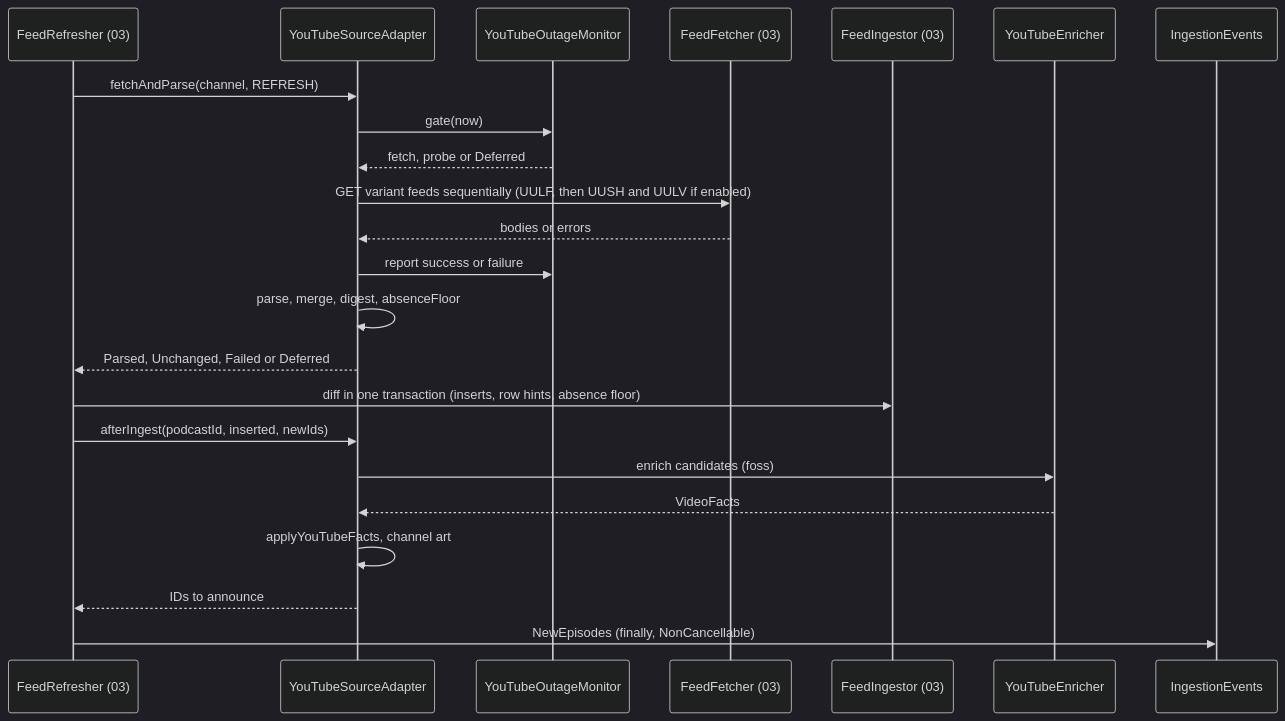
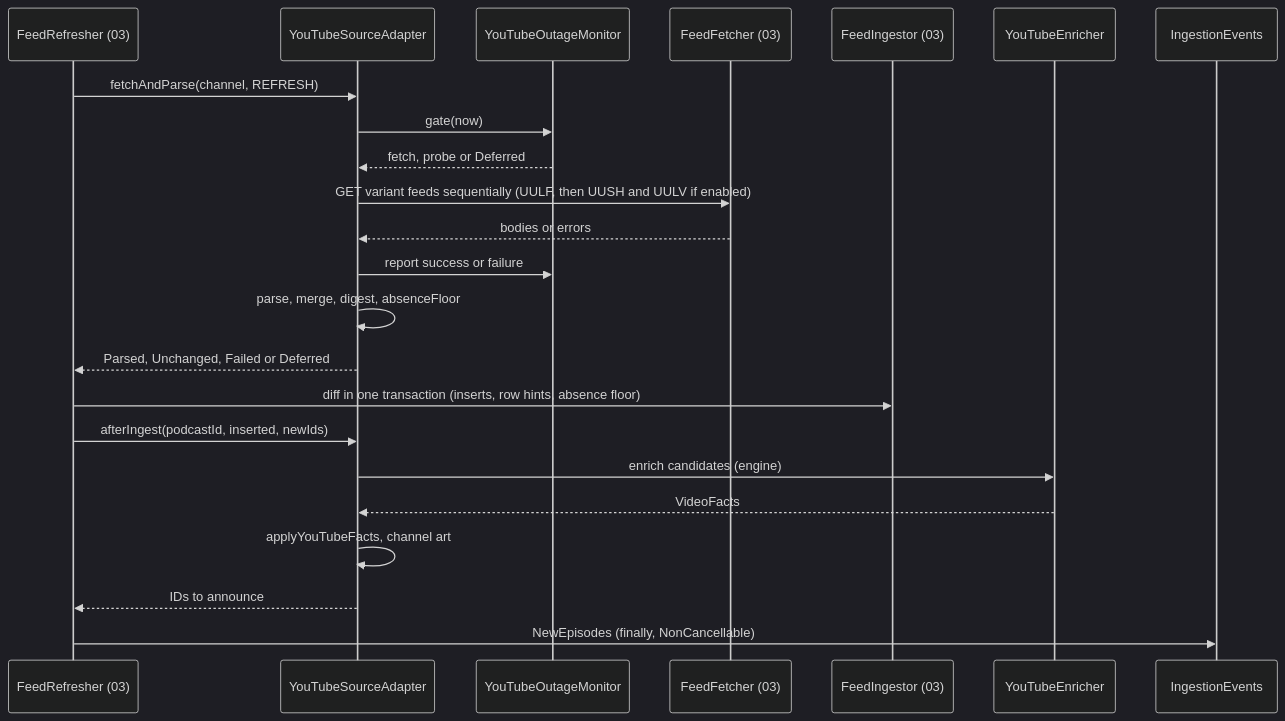
Before and after one commit to BigBoyDevBox/Neutrodyne: the fourth of 8 diagrams in docs/design/04-youtube.md, drawn with Mermaid (dark theme). The commit also changed other lines of this file and 11 other files, not shown here.

````diff
--- a/docs/design/04-youtube.md
+++ b/docs/design/04-youtube.md
@@ -587,25 +667,25 @@
 ```mermaid
 sequenceDiagram
   participant E as FeedRefresher (03)
   participant Y as YouTubeSourceAdapter
   participant M as YouTubeOutageMonitor
   participant N as FeedFetcher (03)
   participant I as FeedIngestor (03)
   participant X as YouTubeEnricher
   participant V as IngestionEvents
   E->>Y: fetchAndParse(channel, REFRESH)
   Y->>M: gate(now)
   M-->>Y: fetch, probe or Deferred
   Y->>N: GET variant feeds sequentially (UULF, then UUSH and UULV if enabled)
   N-->>Y: bodies or errors
   Y->>M: report success or failure
   Y->>Y: parse, merge, digest, absenceFloor
   Y-->>E: Parsed, Unchanged, Failed or Deferred
   E->>I: diff in one transaction (inserts, row hints, absence floor)
   E->>Y: afterIngest(podcastId, inserted, newIds)
-  Y->>X: enrich candidates (foss)
+  Y->>X: enrich candidates (engine)
   X-->>Y: VideoFacts
   Y->>Y: applyYouTubeFacts, channel art
   Y-->>E: IDs to announce
   E->>V: NewEpisodes (finally, NonCancellable)
 ```
````
